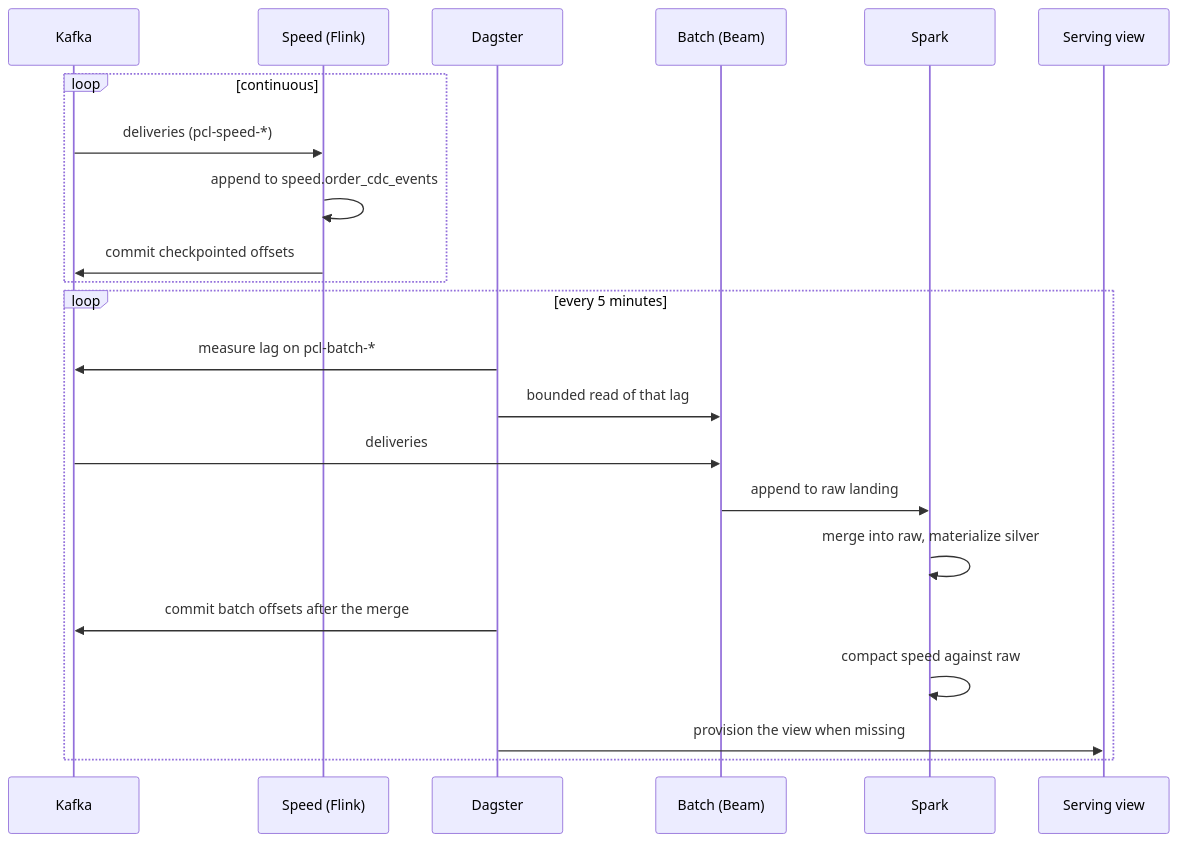
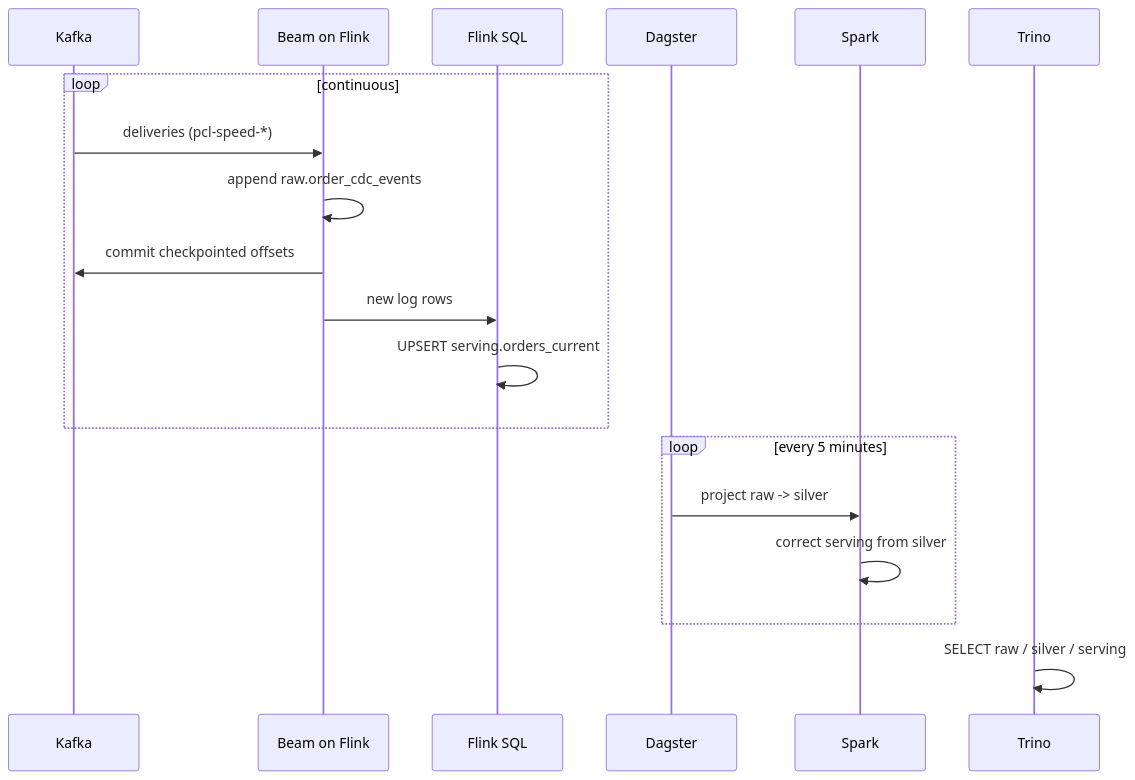
Before and after one commit to sergio11/portable_cdc_lakehouse_poc: the second of 2 diagrams in README.md, drawn with Mermaid. The commit also changed other lines of this file and 33 other files, not shown here.

First line of the commit message:
docs(readme): converge real numbers for speed+batch sync

````diff
--- a/README.md
+++ b/README.md
@@ -196,26 +183,24 @@
 ```mermaid
 sequenceDiagram
     participant K as Kafka
-    participant S as Speed (Flink)
+    participant S as Beam on Flink
+    participant F as Flink SQL
     participant G as Dagster
-    participant B as Batch (Beam)
     participant X as Spark
-    participant V as Serving view
+    participant T as Trino
 
     loop continuous
         K->>S: deliveries (pcl-speed-*)
-        S->>S: append to speed.order_cdc_events
+        S->>S: append raw.order_cdc_events
         S->>K: commit checkpointed offsets
+        S->>F: new log rows
+        F->>F: UPSERT serving.orders_current
     end
 
     loop every 5 minutes
-        G->>K: measure lag on pcl-batch-*
-        G->>B: bounded read of that lag
-        K->>B: deliveries
-        B->>X: append to raw landing
-        X->>X: merge into raw, materialize silver
-        G->>K: commit batch offsets after the merge
-        X->>X: compact speed against raw
-        G->>V: provision the view when missing
+        G->>X: project raw -> silver
+        X->>X: correct serving from silver
     end
+
+    T->>T: SELECT raw / silver / serving
 ```
````
